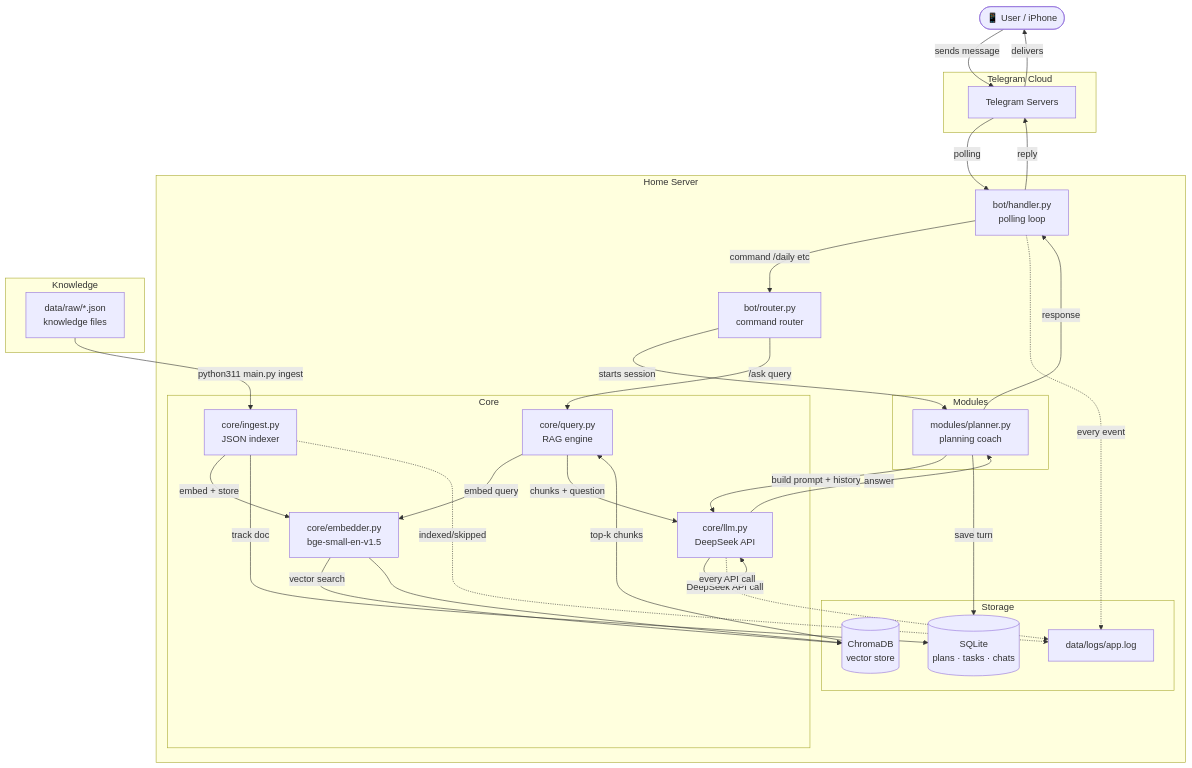
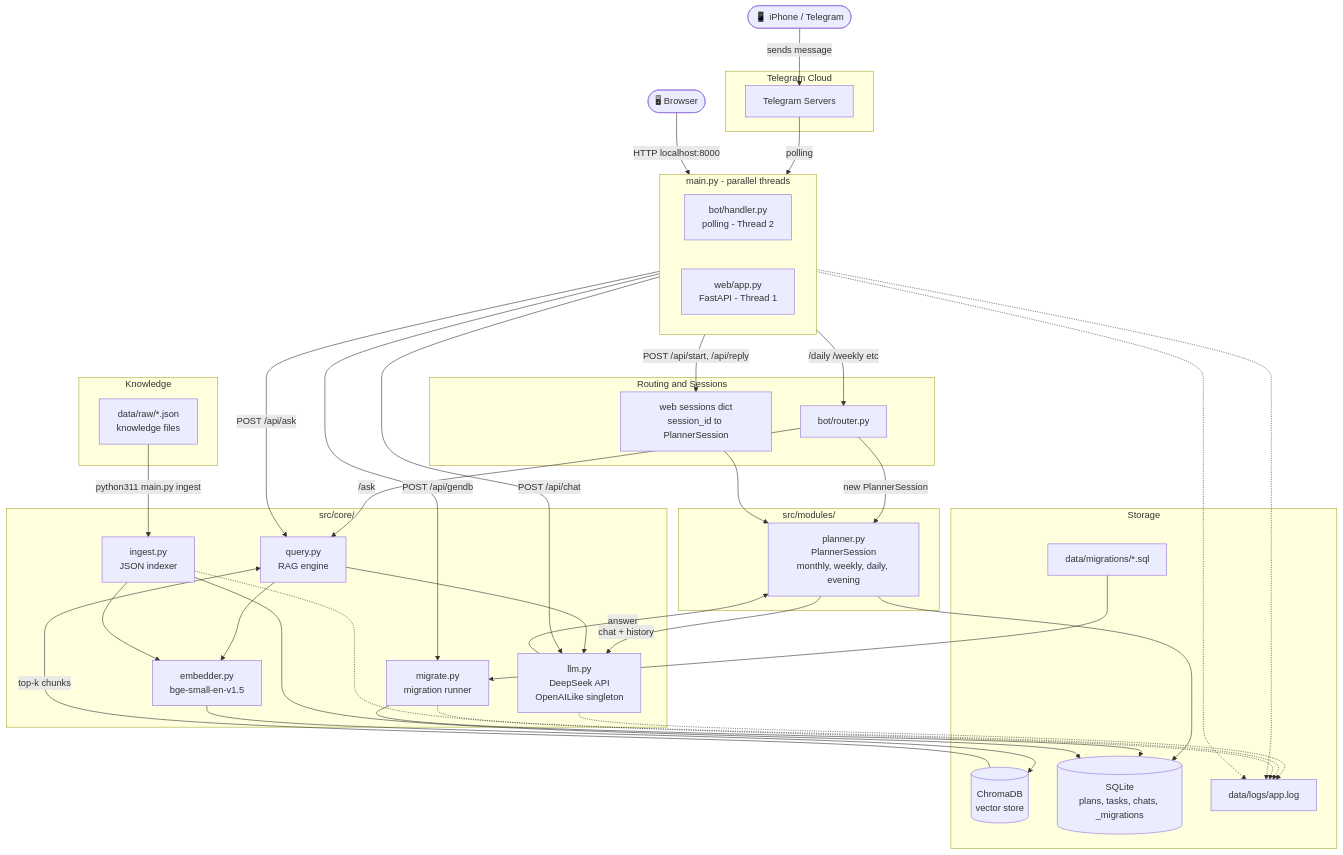
Before and after one commit to THKhai/AI-assistant: the diagram in claude/flowchart.md, drawn with Mermaid. The commit also changed other lines of this file and 2 other files, not shown here.

Commit message:
fix: health check and cloudflared profile
- deploy.yml: replace localhost:8000 curl (port not exposed to host)
  with docker inspect health status; extend timeout to 120s
- deploy.yml: only activate tunnel profile when CLOUDFLARE_TUNNEL_TOKEN
  is set in .env
- docker-compose.yml: move cloudflared to 'tunnel' compose profile so
  it is skipped when token is not configured; pass token via --token flag

````diff
--- a/claude/flowchart.md
+++ b/claude/flowchart.md
@@ -3,61 +3,78 @@
 ```mermaid
 flowchart TD
-    U([📱 User / iPhone])
+    U(["📱 iPhone / Telegram"])
+    UB(["🖥 Browser"])
 
-    subgraph Telegram Cloud
-        TG[Telegram Servers]
+    subgraph TelegramCloud ["Telegram Cloud"]
+        TG["Telegram Servers"]
     end
 
-    subgraph Home Server
-        BOT[bot/handler.py\npolling loop]
-        ROUTER[bot/router.py\ncommand router]
-
-        subgraph Core
-            LLM[core/llm.py\nDeepSeek API]
-            RAG[core/query.py\nRAG engine]
-            INGEST[core/ingest.py\nJSON indexer]
-            EMB[core/embedder.py\nbge-small-en-v1.5]
-        end
-
-        subgraph Storage
-            CHROMA[(ChromaDB\nvector store)]
-            SQLITE[(SQLite\nplans · tasks · chats)]
-            LOGS[data/logs/app.log]
-        end
-
-        subgraph Modules
-            PLANNER[modules/planner.py\nplanning coach]
-        end
+    subgraph Entry ["main.py - parallel threads"]
+        direction LR
+        BOT["bot/handler.py\npolling - Thread 2"]
+        WEB["web/app.py\nFastAPI - Thread 1"]
     end
 
-    subgraph Knowledge
-        JSON[data/raw/*.json\nknowledge files]
+    subgraph Router ["Routing and Sessions"]
+        ROUTER["bot/router.py"]
+        WSESS["web sessions dict\nsession_id to PlannerSession"]
+    end
+
+    subgraph Core ["src/core/"]
+        LLM["llm.py\nDeepSeek API\nOpenAILike singleton"]
+        RAG["query.py\nRAG engine"]
+        INGEST["ingest.py\nJSON indexer"]
+        EMB["embedder.py\nbge-small-en-v1.5"]
+        MIGRATE["migrate.py\nmigration runner"]
+    end
+
+    subgraph Modules ["src/modules/"]
+        PLANNER["planner.py\nPlannerSession\nmonthly, weekly, daily, evening"]
+    end
+
+    subgraph Storage ["Storage"]
+        CHROMA[("ChromaDB\nvector store")]
+        SQLITE[("SQLite\nplans, tasks, chats, _migrations")]
+        LOGS["data/logs/app.log"]
+        SQLFILES["data/migrations/*.sql"]
+    end
+
+    subgraph Knowledge ["Knowledge"]
+        JSON["data/raw/*.json\nknowledge files"]
     end
 
     U -->|sends message| TG
     TG -->|polling| BOT
-    BOT -->|command /daily etc| ROUTER
-    ROUTER -->|starts session| PLANNER
-    PLANNER -->|build prompt + history| LLM
-    LLM -->|DeepSeek API call| LLM
+    BOT -->|/daily /weekly etc| ROUTER
+    ROUTER -->|new PlannerSession| PLANNER
+    ROUTER -->|/ask| RAG
+
+    UB -->|HTTP localhost:8000| WEB
+    WEB -->|POST /api/start, /api/reply| WSESS
+    WSESS --> PLANNER
+    WEB -->|POST /api/chat| LLM
+    WEB -->|POST /api/ask| RAG
+    WEB -->|POST /api/gendb| MIGRATE
+
+    PLANNER -->|chat + history| LLM
     LLM -->|answer| PLANNER
-    PLANNER -->|save turn| SQLITE
-    PLANNER -->|response| BOT
-    BOT -->|reply| TG
-    TG -->|delivers| U
+    PLANNER --> SQLITE
 
-    ROUTER -->|/ask query| RAG
-    RAG -->|embed query| EMB
-    EMB -->|vector search| CHROMA
+    RAG --> EMB
+    EMB --> CHROMA
     CHROMA -->|top-k chunks| RAG
-    RAG -->|chunks + question| LLM
+    RAG --> LLM
+
+    SQLFILES --> MIGRATE
+    MIGRATE --> SQLITE
 
     JSON -->|python311 main.py ingest| INGEST
-    INGEST -->|embed + store| EMB
-    EMB --> CHROMA
-    INGEST -->|track doc| SQLITE
+    INGEST --> EMB
+    INGEST --> SQLITE
 
-    BOT -.->|every event| LOGS
-    LLM -.->|every API call| LOGS
-    INGEST -.->|indexed/skipped| LOGS
+    BOT -.-> LOGS
+    WEB -.-> LOGS
+    LLM -.-> LOGS
+    MIGRATE -.-> LOGS
+    INGEST -.-> LOGS
 ```
````
